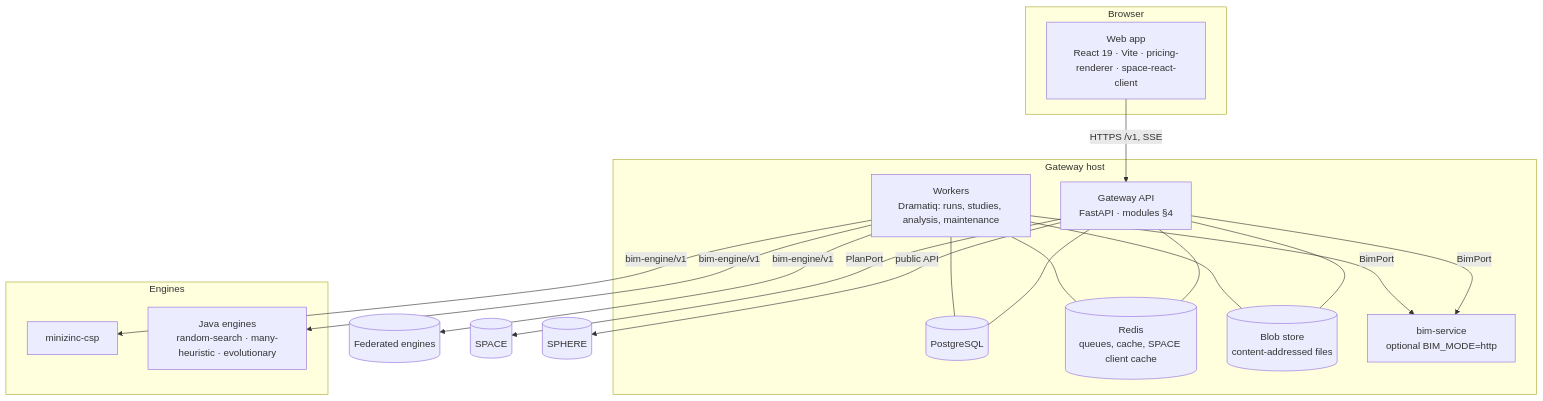
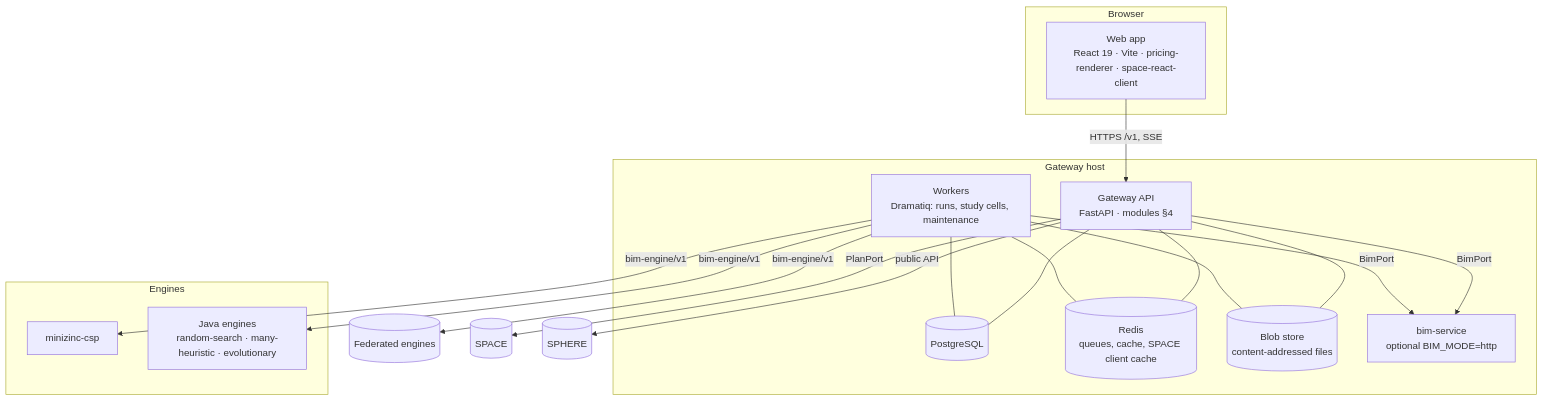
The second of 6 diagrams in docs/ARCHITECTURE.md (isa-group/OpenBinding), drawn with Mermaid before and after one commit. The commit also changed other lines of this file and 11 other files, not shown here.

First line of the commit message:
docs(architecture): align architecture, roadmap and agent guide with the smaller platform

````diff
--- a/docs/ARCHITECTURE.md
+++ b/docs/ARCHITECTURE.md
@@ -66,26 +74,26 @@
 ```mermaid
 flowchart TB
   subgraph Browser
     WEB[Web app<br/>React 19 · Vite · pricing-renderer · space-react-client]
   end
   subgraph Gateway host
     API[Gateway API<br/>FastAPI · modules §4]
-    WRK[Workers<br/>Dramatiq: runs, studies, analysis, maintenance]
+    WRK[Workers<br/>Dramatiq: runs, study cells, maintenance]
     PG[(PostgreSQL)]
     RD[(Redis<br/>queues, cache, SPACE client cache)]
     BL[(Blob store<br/>content-addressed files)]
     BIM[bim-service<br/>optional BIM_MODE=http]
   end
   subgraph Engines
     MZ[minizinc-csp]
     JV[Java engines<br/>random-search · many-heuristic · evolutionary]
   end
   WEB -- HTTPS /v1, SSE --> API
   API --- PG & RD & BL
   WRK --- PG & RD & BL
   API & WRK -- BimPort --> BIM
   WRK -- bim-engine/v1 --> MZ & JV
   WRK -- bim-engine/v1 --> FED[(Federated engines)]
   API -- PlanPort --> SPA[(SPACE)]
   API -- public API --> SPH[(SPHERE)]
 ```
````
